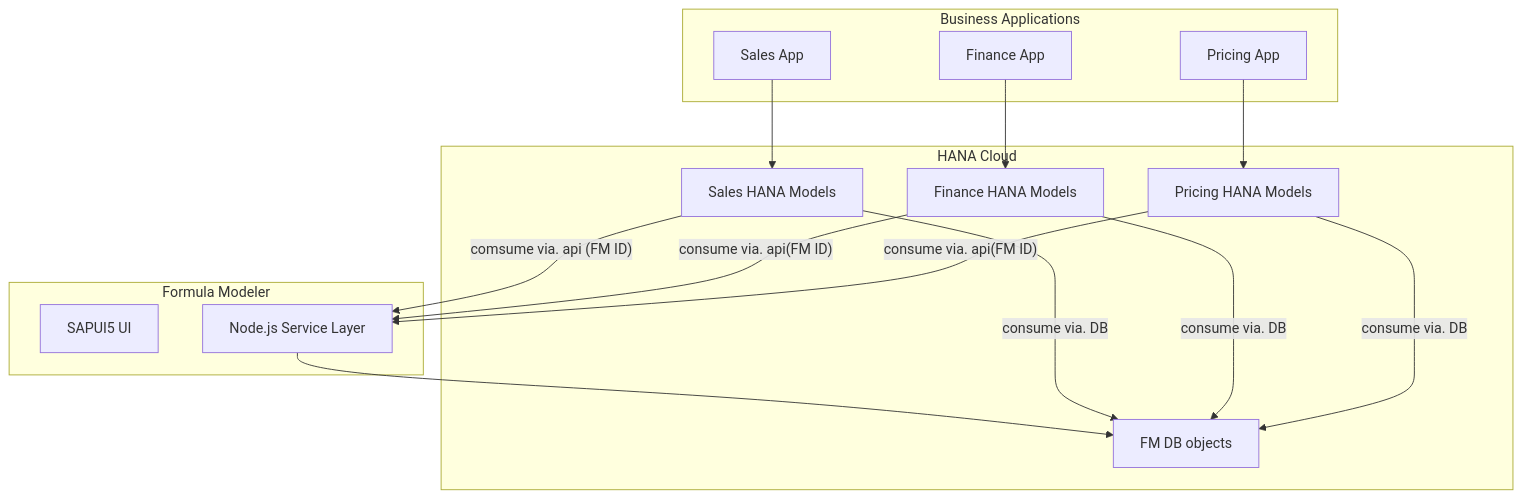
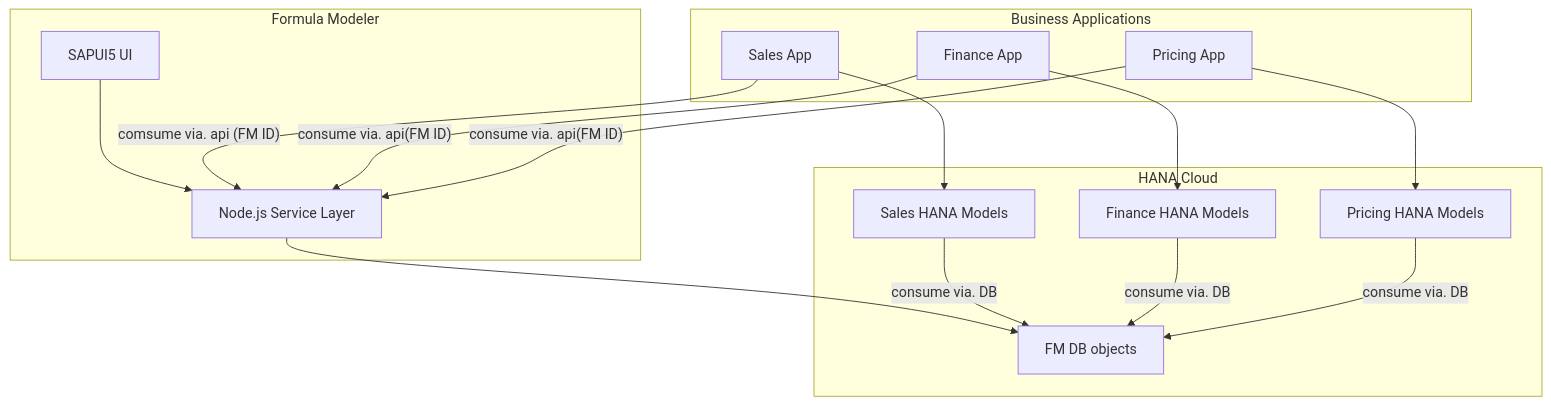
One commit to prabhudc/formula-modeler-1 changed the diagram in README.md. Above: the diagram before and after it, drawn with Mermaid.

````diff
--- a/README.md
+++ b/README.md
@@ -63,32 +63,32 @@
 ```mermaid
 graph TD
     subgraph Business Applications
         A1[Sales App] 
         A2[Finance App]
         A3[Pricing App]
     end
 
     subgraph HANA Cloud
         B1[Sales HANA Models]
         B2[Finance HANA Models]
         B3[Pricing HANA Models]
         B4[FM DB objects]
     end
 
     subgraph Formula Modeler
         C1[SAPUI5 UI]
         C2[Node.js Service Layer]
     end
-
+    C1 --> C2
     A1 --> B1
     A2 --> B2
     A3 --> B3
     C2 --> B4
     B1 -- consume via. DB --> B4
     B2 -- consume via. DB --> B4
     B3 -- consume via. DB --> B4 
-    B1 -- comsume via. api (FM ID) --> C2
-    B2 -- consume via. api(FM ID) --> C2
-    B3 -- consume via. api(FM ID) --> C2
+    A1 -- comsume via. api (FM ID) --> C2
+    A2 -- consume via. api(FM ID) --> C2
+    A3 -- consume via. api(FM ID) --> C2
 
 ```
````
